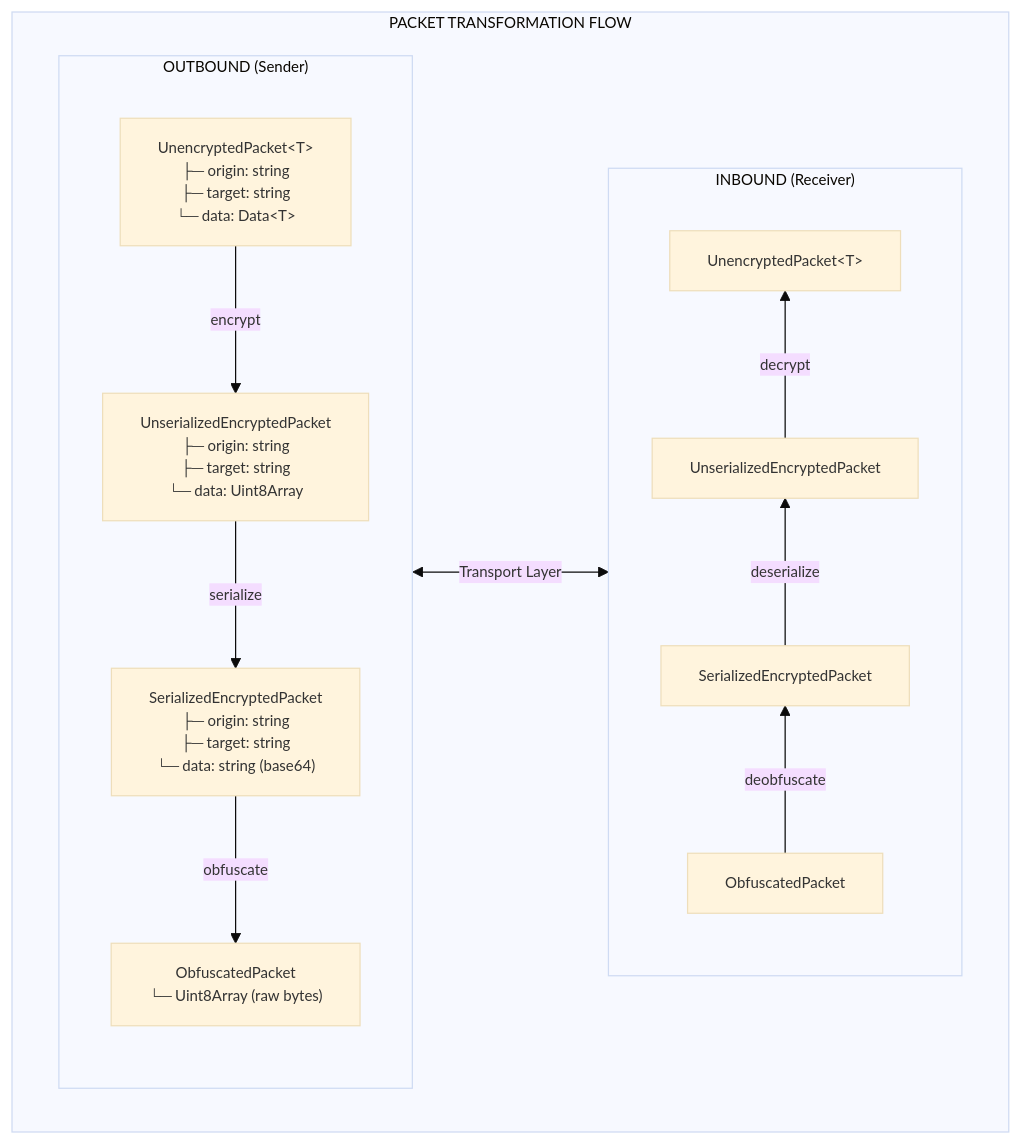
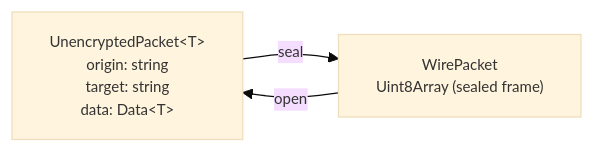
The diagram in libs/network-protocol/src/lib/packet/README.md (AndrewRedican/hyperfrontend), drawn with Mermaid before and after one commit. The commit also changed other lines of this file and 28 other files, not shown here.

````diff
--- a/libs/network-protocol/src/lib/packet/README.md
+++ b/libs/network-protocol/src/lib/packet/README.md
@@ -13,36 +11,14 @@
 ```mermaid
 ---
 config:
   theme: base
   themeVariables:
     fontSize: 12px
 ---
-flowchart TB
-    subgraph PacketFlow["PACKET TRANSFORMATION FLOW"]
-        subgraph Outbound["OUTBOUND (Sender)"]
-            direction TB
-            UE1["UnencryptedPacket&lt;T&gt;<br/>├─ origin: string<br/>├─ target: string<br/>└─ data: Data&lt;T&gt;"]
-            USE1["UnserializedEncryptedPacket<br/>├─ origin: string<br/>├─ target: string<br/>└─ data: Uint8Array"]
-            SE1["SerializedEncryptedPacket<br/>├─ origin: string<br/>├─ target: string<br/>└─ data: string (base64)"]
-            OP1["ObfuscatedPacket<br/>└─ Uint8Array (raw bytes)"]
+flowchart LR
+    UP["UnencryptedPacket&lt;T&gt;<br/>origin: string<br/>target: string<br/>data: Data&lt;T&gt;"]
+    WP["WirePacket<br/>Uint8Array (sealed frame)"]
 
-            UE1 -->|"encrypt"| USE1
-            USE1 -->|"serialize"| SE1
-            SE1 -->|"obfuscate"| OP1
-        end
-
-        subgraph Inbound["INBOUND (Receiver)"]
-            direction BT
-            OP2["ObfuscatedPacket"]
-            SE2["SerializedEncryptedPacket"]
-            USE2["UnserializedEncryptedPacket"]
-            UE2["UnencryptedPacket&lt;T&gt;"]
-
-            OP2 -->|"deobfuscate"| SE2
-            SE2 -->|"deserialize"| USE2
-            USE2 -->|"decrypt"| UE2
-        end
-
-        OP1 <-->|"Transport Layer"| OP2
-    end
+    UP -->|"seal"| WP
+    WP -->|"open"| UP
 ```
````
